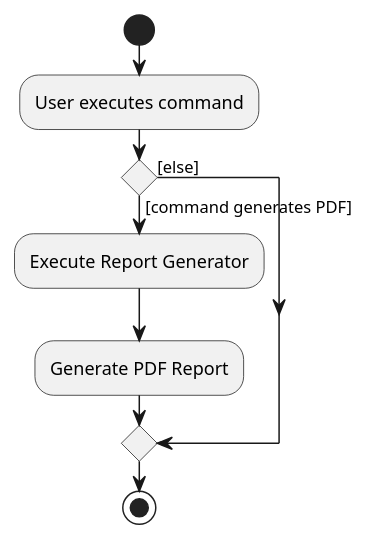
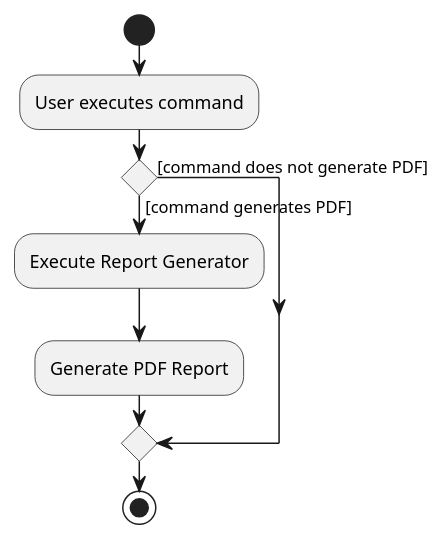
Before and after one commit to nus-cs2103-AY1920S1/addressbook-level3: the diagram in docs/diagrams/GenReportActivityDiagram.puml, drawn with PlantUML. The commit also changed 1 other file, not shown here.

Commit message:
Rescale and update GenReportActivityDiagram.puml/png

```diff
--- a/docs/diagrams/GenReportActivityDiagram.puml
+++ b/docs/diagrams/GenReportActivityDiagram.puml
@@ -1,14 +1,14 @@
 @startuml
 start
 :User executes command;
 
 'Since the beta syntax does not support placing the condition outside the
 'diamond we place it as the true branch instead.
 
 if () then ([command generates PDF])
     :Execute Report Generator;
     :Generate PDF Report;
-else ([else])
+else ([command does not generate PDF])
 endif
 stop
 @enduml
```
